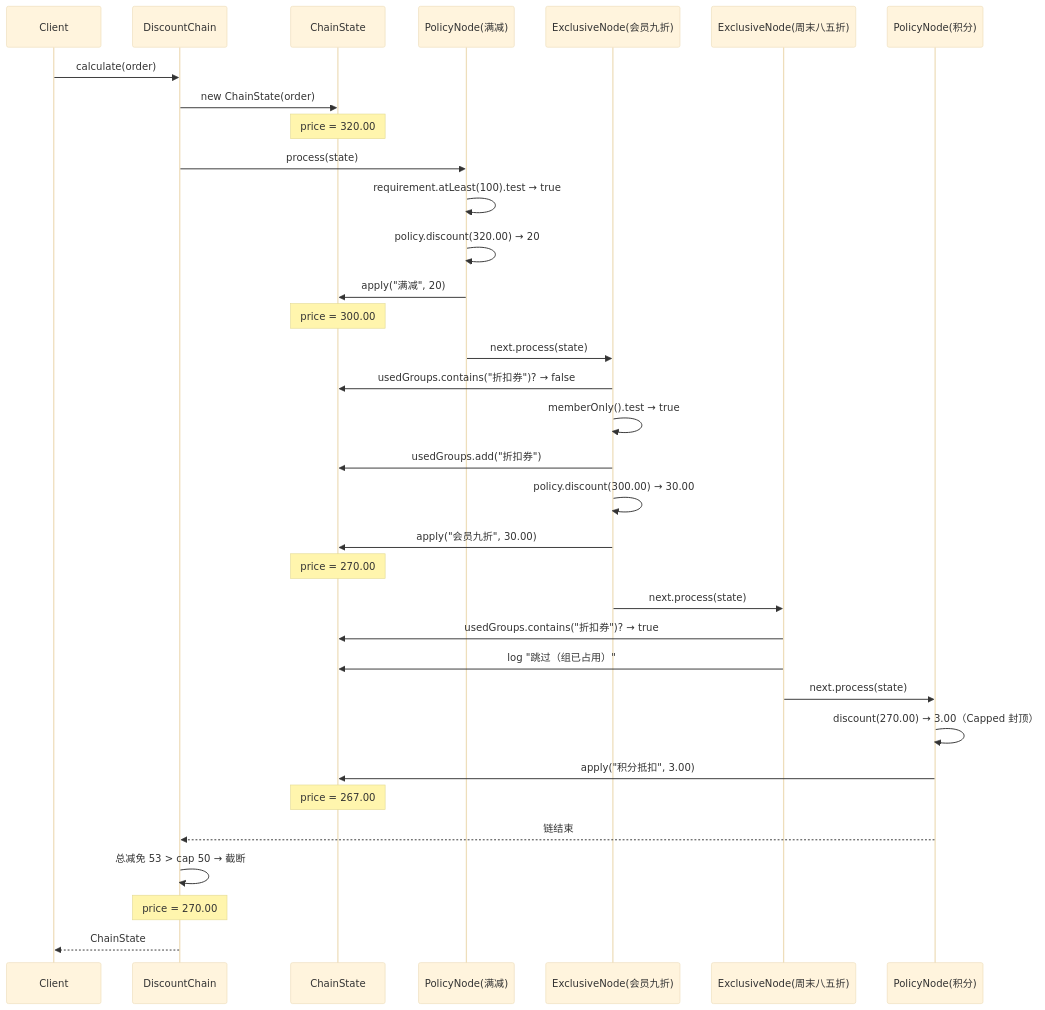
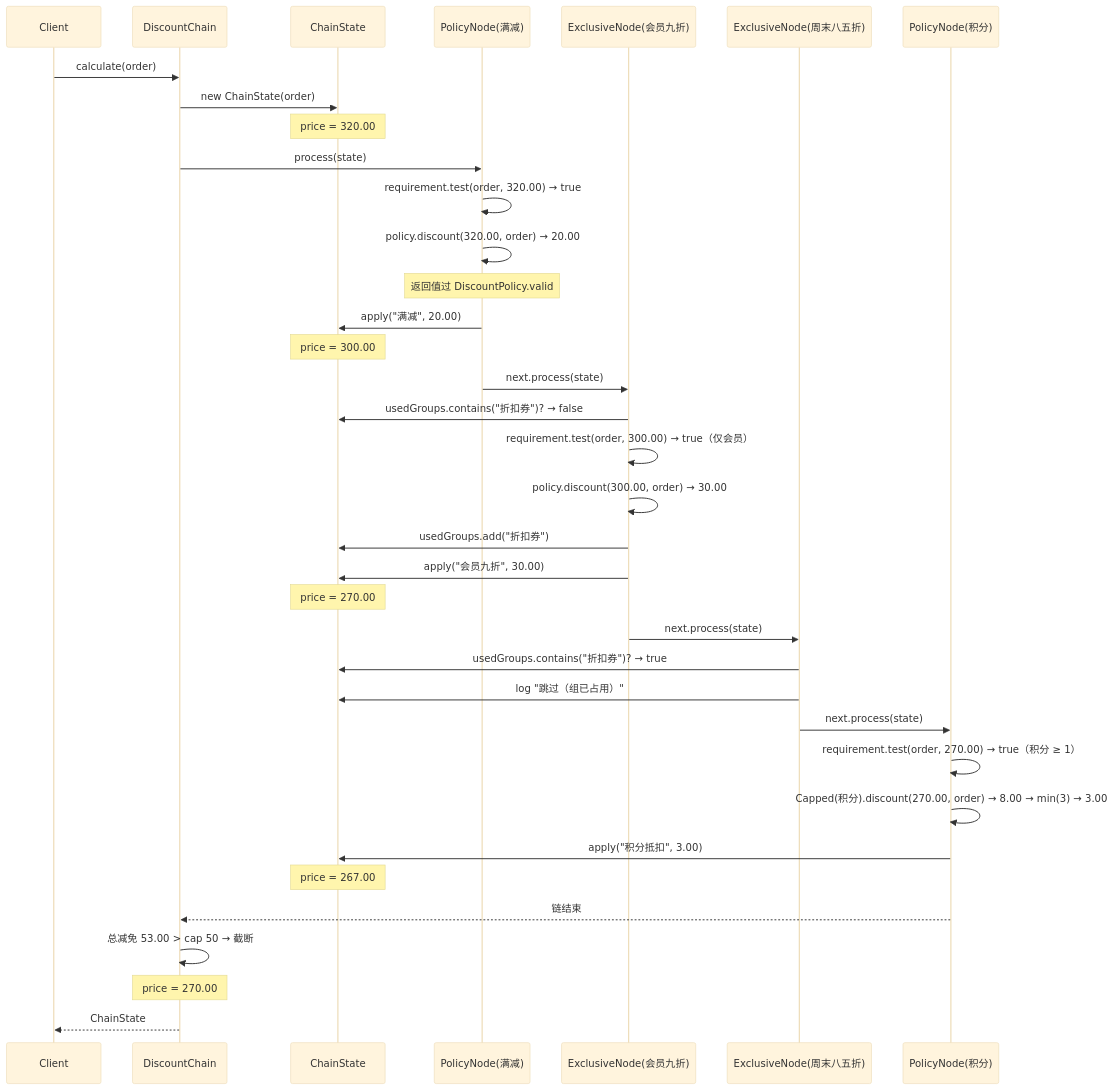
One commit to hglgh/design_patterns_pro changed the second of 2 diagrams in docs/practice/01-order-discount.md. Above: the diagram before and after it, drawn with Mermaid (base theme). The commit also changed other lines of this file and 6 other files, not shown here.

First line of the commit message:
refactor(order-discount): 明确满减门槛用当前价，重构设计接口

````diff
--- a/docs/practice/01-order-discount.md
+++ b/docs/practice/01-order-discount.md
@@ -318,37 +359,39 @@
 ```mermaid
 sequenceDiagram
     participant C as Client
     participant Chain as DiscountChain
     participant S as ChainState
     participant N1 as PolicyNode(满减)
     participant N2 as ExclusiveNode(会员九折)
     participant N3 as ExclusiveNode(周末八五折)
     participant N4 as PolicyNode(积分)
 
     C->>Chain: calculate(order)
     Chain->>S: new ChainState(order)
     Note over S: price = 320.00
     Chain->>N1: process(state)
-    N1->>N1: requirement.atLeast(100).test → true
-    N1->>N1: policy.discount(320.00) → 20
-    N1->>S: apply("满减", 20)
+    N1->>N1: requirement.test(order, 320.00) → true
+    N1->>N1: policy.discount(320.00, order) → 20.00
+    Note over N1: 返回值过 DiscountPolicy.valid
+    N1->>S: apply("满减", 20.00)
     Note over S: price = 300.00
     N1->>N2: next.process(state)
     N2->>S: usedGroups.contains("折扣券")? → false
-    N2->>N2: memberOnly().test → true
+    N2->>N2: requirement.test(order, 300.00) → true（仅会员）
+    N2->>N2: policy.discount(300.00, order) → 30.00
     N2->>S: usedGroups.add("折扣券")
-    N2->>N2: policy.discount(300.00) → 30.00
     N2->>S: apply("会员九折", 30.00)
     Note over S: price = 270.00
     N2->>N3: next.process(state)
     N3->>S: usedGroups.contains("折扣券")? → true
     N3->>S: log "跳过（组已占用）"
     N3->>N4: next.process(state)
-    N4->>N4: discount(270.00) → 3.00（Capped 封顶）
+    N4->>N4: requirement.test(order, 270.00) → true（积分 ≥ 1）
+    N4->>N4: Capped(积分).discount(270.00, order) → 8.00 → min(3) → 3.00
     N4->>S: apply("积分抵扣", 3.00)
     Note over S: price = 267.00
     N4-->>Chain: 链结束
-    Chain->>Chain: 总减免 53 > cap 50 → 截断
+    Chain->>Chain: 总减免 53.00 > cap 50 → 截断
     Note over Chain: price = 270.00
     Chain-->>C: ChainState
 ```
````
